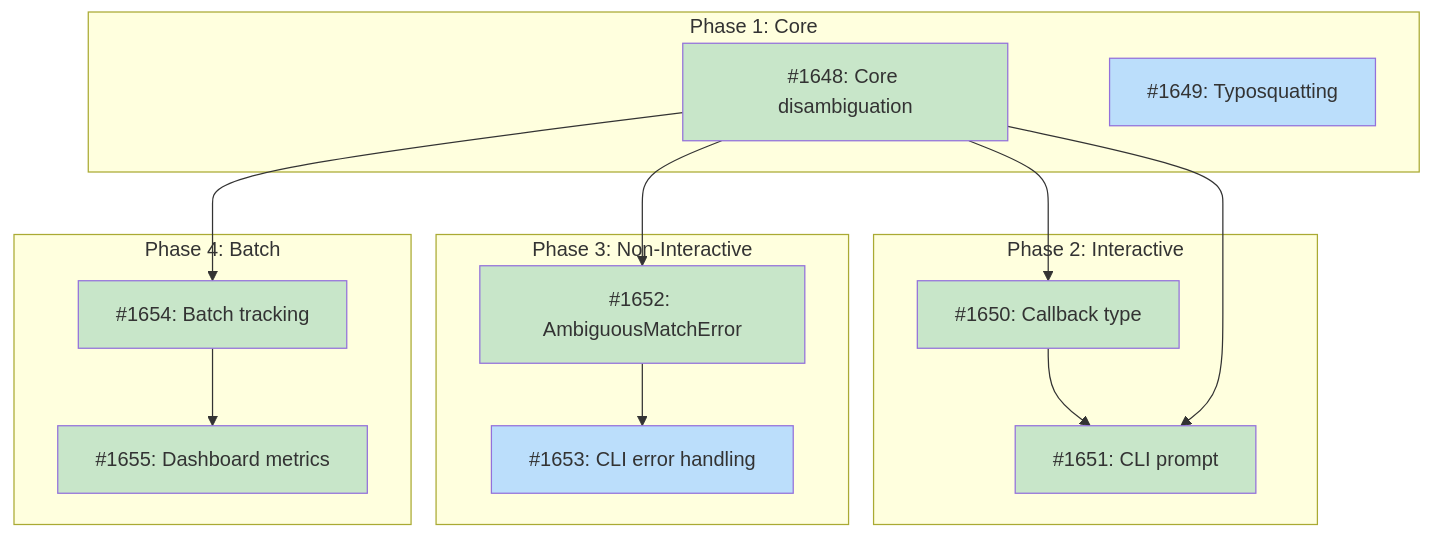
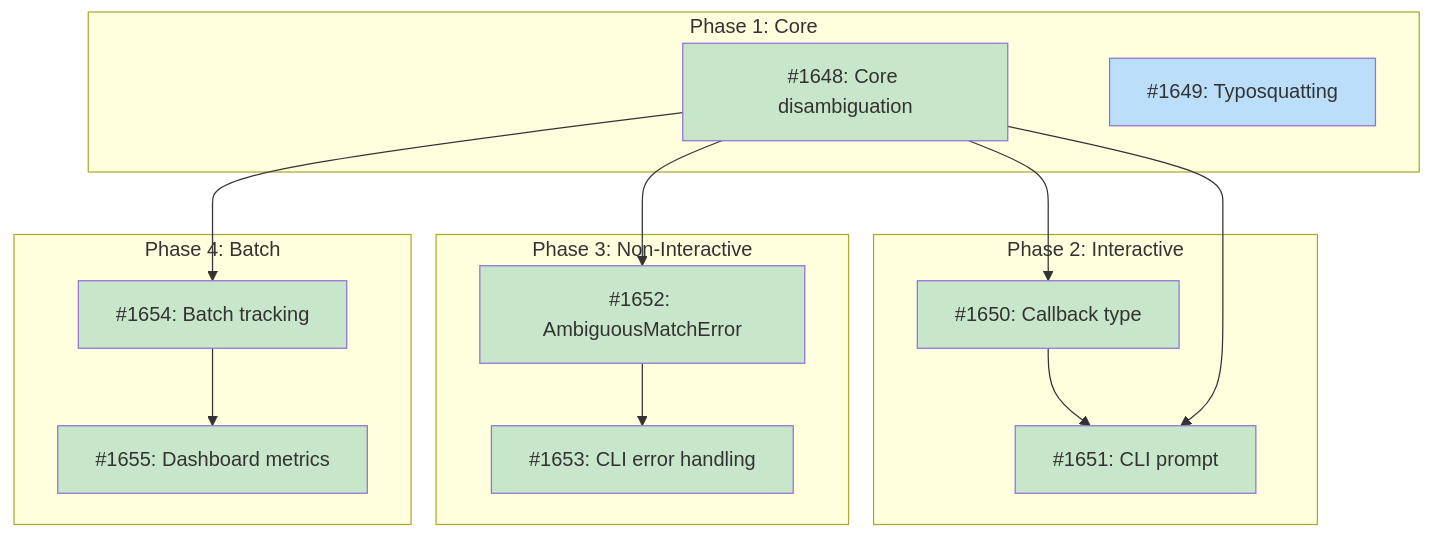
The diagram in docs/designs/DESIGN-disambiguation.md (tsukumogami/tsuku), drawn with Mermaid before and after one commit. The commit also changed other lines of this file and 1 other file, not shown here.

Commit message:
docs: mark #1653 complete in design docs
Update both DESIGN-disambiguation.md and DESIGN-registry-scale-strategy.md
to mark issue #1653 (CLI error handling for --from) as done. The issue was
implemented alongside #1652 in this PR.

````diff
--- a/docs/designs/DESIGN-disambiguation.md
+++ b/docs/designs/DESIGN-disambiguation.md
@@ -54,38 +54,38 @@
 ```mermaid
 graph TD
     subgraph Phase1["Phase 1: Core"]
         I1648["#1648: Core disambiguation"]
         I1649["#1649: Typosquatting"]
     end
 
     subgraph Phase2["Phase 2: Interactive"]
         I1650["#1650: Callback type"]
         I1651["#1651: CLI prompt"]
     end
 
     subgraph Phase3["Phase 3: Non-Interactive"]
         I1652["#1652: AmbiguousMatchError"]
         I1653["#1653: CLI error handling"]
     end
 
     subgraph Phase4["Phase 4: Batch"]
         I1654["#1654: Batch tracking"]
         I1655["#1655: Dashboard metrics"]
     end
 
     I1648 --> I1650
     I1650 --> I1651
     I1648 --> I1651
     I1648 --> I1652
     I1652 --> I1653
     I1648 --> I1654
     I1654 --> I1655
 
     classDef done fill:#c8e6c9
     classDef ready fill:#bbdefb
     classDef blocked fill:#fff9c4
     classDef needsDesign fill:#e1bee7
 
-    class I1648,I1650,I1651,I1652,I1654,I1655 done
-    class I1649,I1653 ready
+    class I1648,I1650,I1651,I1652,I1653,I1654,I1655 done
+    class I1649 ready
 ```
````
